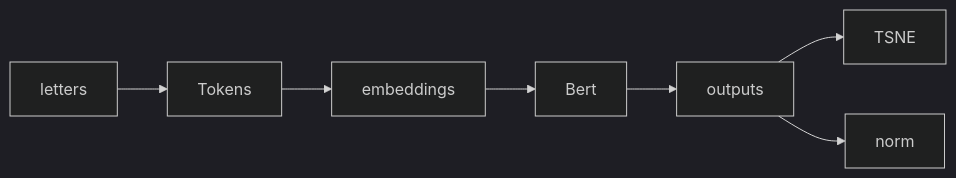
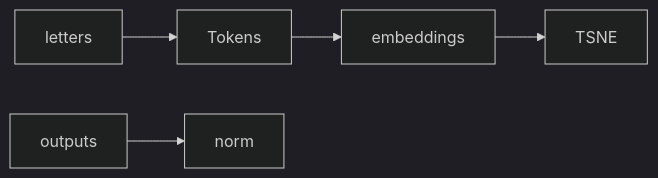
The diagram in README.md (Bovey0809/clever_nlp), drawn with Mermaid (dark theme) before and after one commit. The commit also changed 1 other file, not shown here.

Commit message:
DONE: get embeddings

````diff
--- a/README.md
+++ b/README.md
@@ -6,5 +6,5 @@
 ```mermaid
 graph LR
-letters --> Tokens --> embeddings --> Bert --> outputs --> TSNE
+letters --> Tokens --> embeddings --> TSNE
 outputs --> norm
 ```
````
